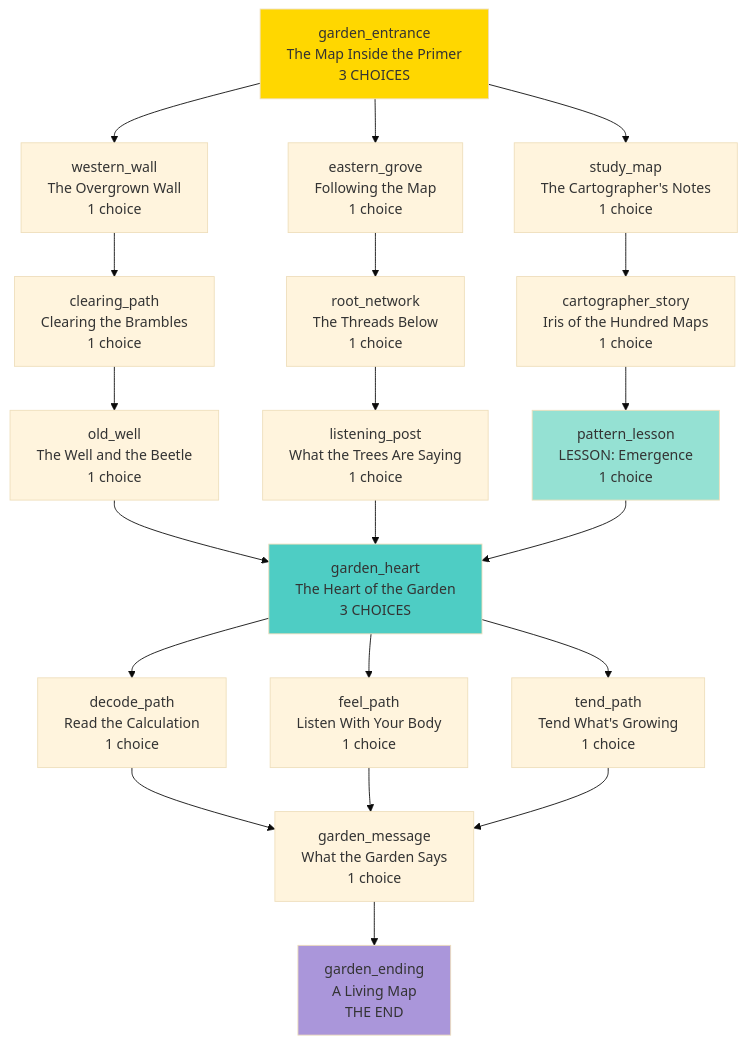
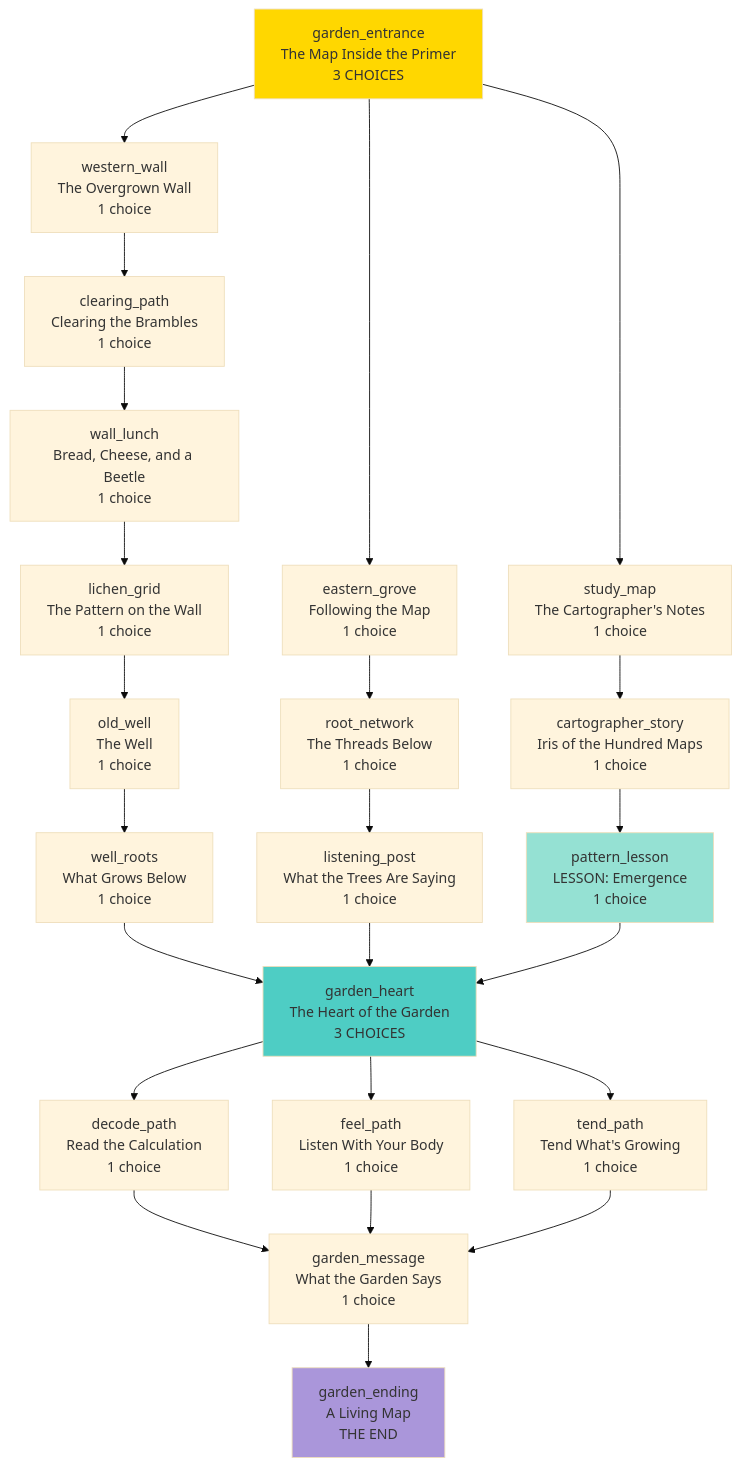
Before and after one commit to garrettmoss/young-ladys-primer: the diagram in src/content/maps/garden-arc.md, drawn with Mermaid (base theme). The commit also changed other lines of this file and 7 other files, not shown here.

First line of the commit message:
feat(content): split western wall path into 6 shorter pages

````diff
--- a/src/content/maps/garden-arc.md
+++ b/src/content/maps/garden-arc.md
@@ -11,51 +11,54 @@
 ```mermaid
 graph TD
     %% Entry
     garden_entrance[garden_entrance<br/>The Map Inside the Primer<br/>3 CHOICES]
 
     %% Three investigation paths
     garden_entrance --> western_wall[western_wall<br/>The Overgrown Wall<br/>1 choice]
     garden_entrance --> eastern_grove[eastern_grove<br/>Following the Map<br/>1 choice]
     garden_entrance --> study_map[study_map<br/>The Cartographer's Notes<br/>1 choice]
 
     %% Western wall path (physical work, humor)
     western_wall --> clearing_path[clearing_path<br/>Clearing the Brambles<br/>1 choice]
-    clearing_path --> old_well[old_well<br/>The Well and the Beetle<br/>1 choice]
+    clearing_path --> wall_lunch[wall_lunch<br/>Bread, Cheese, and a Beetle<br/>1 choice]
+    wall_lunch --> lichen_grid[lichen_grid<br/>The Pattern on the Wall<br/>1 choice]
+    lichen_grid --> old_well[old_well<br/>The Well<br/>1 choice]
+    old_well --> well_roots[well_roots<br/>What Grows Below<br/>1 choice]
 
     %% Eastern grove path (intuition, listening)
     eastern_grove --> root_network[root_network<br/>The Threads Below<br/>1 choice]
     root_network --> listening_post[listening_post<br/>What the Trees Are Saying<br/>1 choice]
 
     %% Map study path (knowledge, cartographer's story)
     study_map --> cartographer_story[cartographer_story<br/>Iris of the Hundred Maps<br/>1 choice]
     cartographer_story --> pattern_lesson[pattern_lesson<br/>LESSON: Emergence<br/>1 choice]
 
     %% CONVERGENCE
-    old_well --> garden_heart[garden_heart<br/>The Heart of the Garden<br/>3 CHOICES]
+    well_roots --> garden_heart[garden_heart<br/>The Heart of the Garden<br/>3 CHOICES]
     listening_post --> garden_heart
     pattern_lesson --> garden_heart
 
     %% Philosophical choices
     garden_heart --> decode_path[decode_path<br/>Read the Calculation<br/>1 choice]
     garden_heart --> feel_path[feel_path<br/>Listen With Your Body<br/>1 choice]
     garden_heart --> tend_path[tend_path<br/>Tend What's Growing<br/>1 choice]
 
     %% Final convergence
     decode_path --> garden_message[garden_message<br/>What the Garden Says<br/>1 choice]
     feel_path --> garden_message
     tend_path --> garden_message
 
     garden_message --> garden_ending[garden_ending<br/>A Living Map<br/>THE END]
 
     %% Styling
     classDef entry fill:#FFD700
     classDef converge fill:#4ECDC4
     classDef lesson fill:#95E1D3
     classDef puzzle fill:#F38181
     classDef ending fill:#AA96DA
 
     class garden_entrance entry
     class garden_heart converge
     class pattern_lesson lesson
     class garden_ending ending
 ```
````
